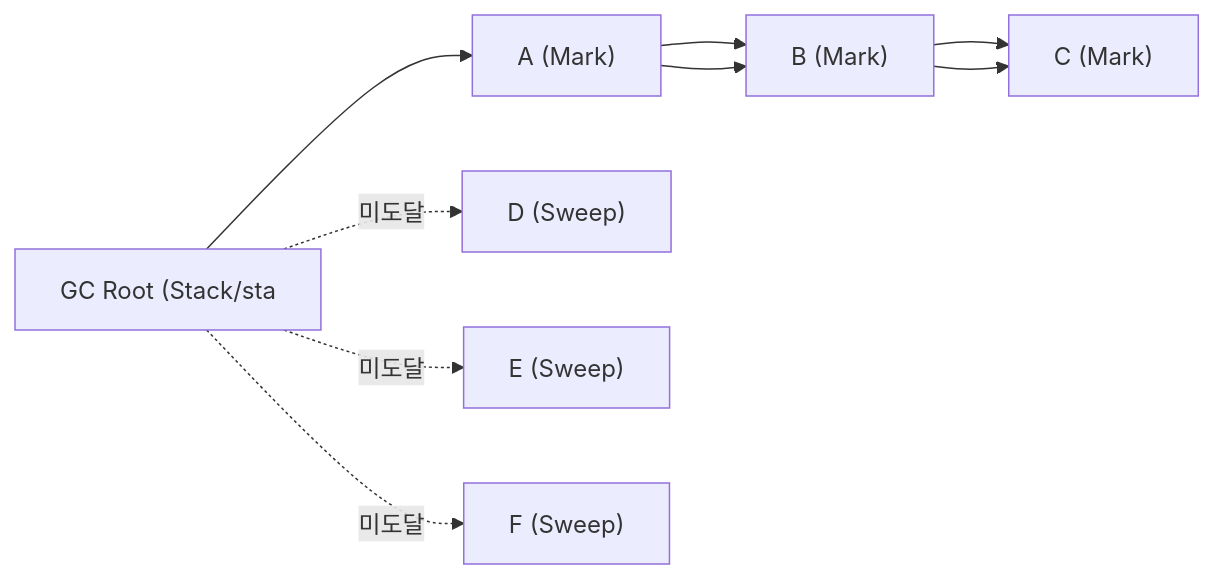
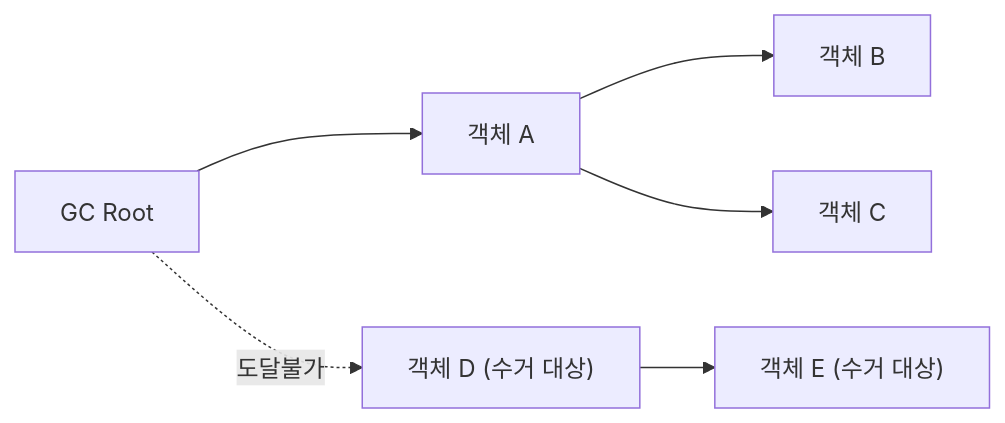
Before and after one commit to yjkim2015/yjkim2015.github.io: the first of 9 diagrams in _posts/java/2026-05-01-java-garbage-collector.md, drawn with Mermaid. The commit also changed other lines of this file and 4 other files, not shown here.

````diff
--- a/_posts/java/2026-05-01-java-garbage-collector.md
+++ b/_posts/java/2026-05-01-java-garbage-collector.md
@@ -79,7 +43,8 @@
 ```mermaid
 graph LR
-    ROOT["GC Root (Stack/sta"] --> A --> B --> C
-    ROOT -.미도달.-> D & E & F
-    A["A (Mark)"] --> B["B (Mark)"] --> C["C (Mark)"]
-    D["D (Sweep)"] & E["E (Sweep)"] & F["F (Sweep)"]
+    ROOT["GC Root"] --> A["객체 A"]
+    A --> B["객체 B"]
+    A --> C["객체 C"]
+    ROOT -.도달불가.-> D["객체 D (수거 대상)"]
+    D --> E["객체 E (수거 대상)"]
 ```
````
